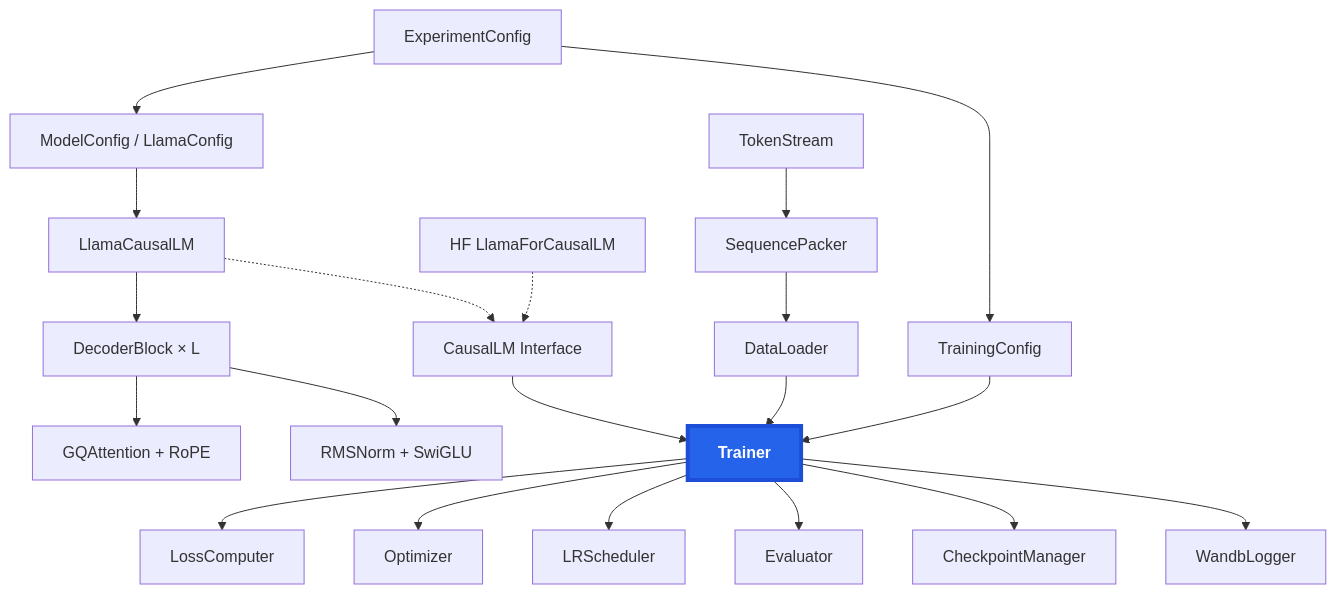
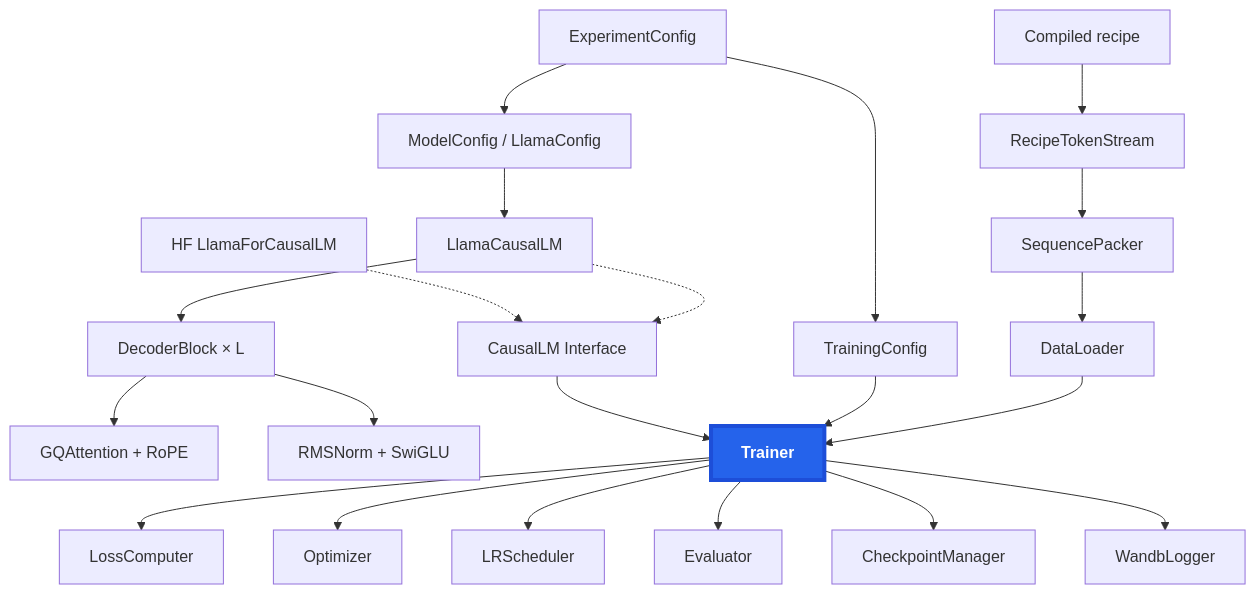
The diagram in README.md (Nat1anWasTaken/mix-and-match), drawn with Mermaid before and after one commit. The commit also changed 3 other files, not shown here.

First line of the commit message:
feat(data): train on compiled recipes with RecipeTokenStream

````diff
--- a/README.md
+++ b/README.md
@@ -13,30 +13,31 @@
 ```mermaid
 flowchart TB
     EC["ExperimentConfig"] --> MC["ModelConfig / LlamaConfig"]
     EC --> TC["TrainingConfig"]
 
     MC --> LM["LlamaCausalLM"]
     LM --> DB["DecoderBlock × L"]
     DB --> AT["GQAttention + RoPE"]
     DB --> FF["RMSNorm + SwiGLU"]
 
     LM -.-> MI["CausalLM Interface"]
     HF["HF LlamaForCausalLM"] -.-> MI
 
-    TS["TokenStream"] --> PK["SequencePacker"]
+    RC["Compiled recipe"] --> TS["RecipeTokenStream"]
+    TS --> PK["SequencePacker"]
     PK --> DL["DataLoader"]
     DL --> TR["Trainer"]
 
     TC --> TR
     MI --> TR
 
     TR --> LF["LossComputer"]
     TR --> OP["Optimizer"]
     TR --> LR["LRScheduler"]
     TR --> EV["Evaluator"]
     TR --> CP["CheckpointManager"]
     TR --> LG["WandbLogger"]
 
     classDef trainer fill:#2563eb,stroke:#1d4ed8,stroke-width:4px,color:#ffffff,font-weight:bold
     class TR trainer
 ```
````
